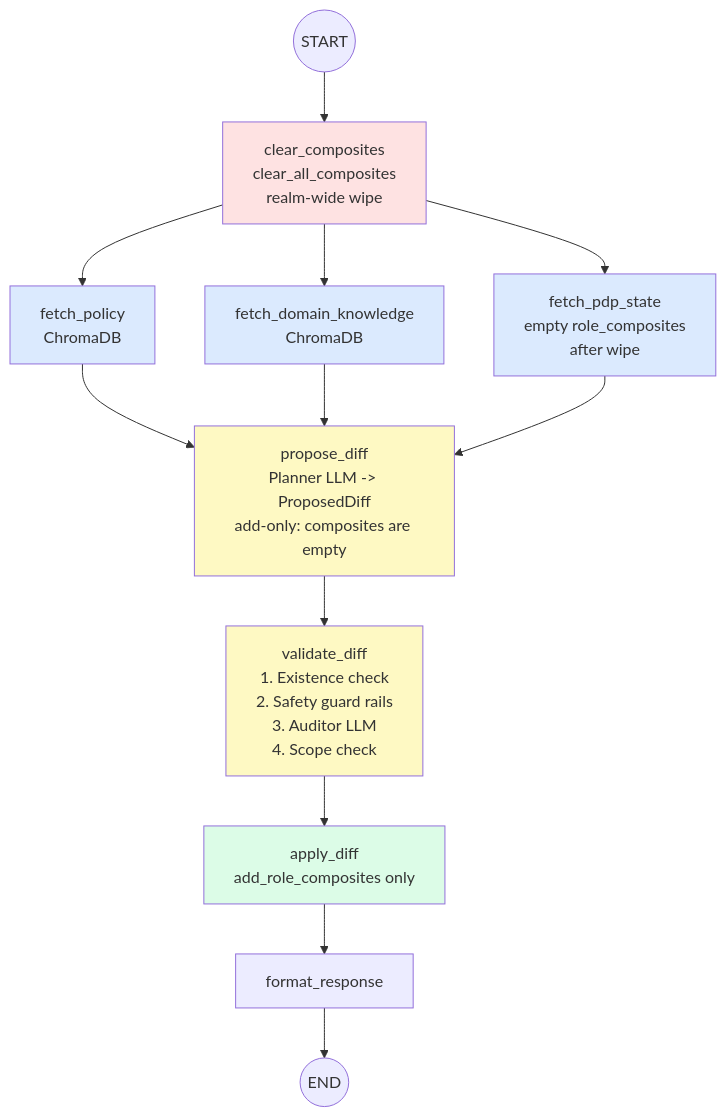
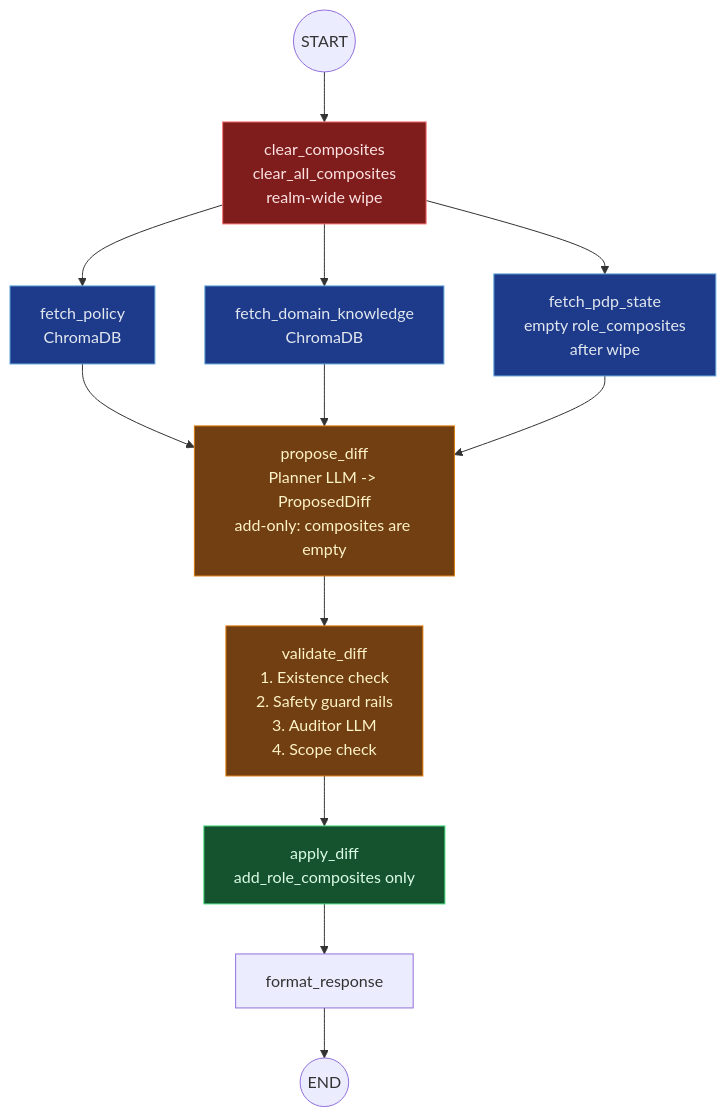
Before and after one commit to rossoctl/aiac: the third of 3 diagrams in inception/requirements/components/aiac-agent/uc2-policy-update.md, drawn with Mermaid. The commit also changed other lines of this file and 4 other files, not shown here.

First line of the commit message:
docs: fix Mermaid node colors for dark theme readability

````diff
--- a/inception/requirements/components/aiac-agent/uc2-policy-update.md
+++ b/inception/requirements/components/aiac-agent/uc2-policy-update.md
@@ -130,24 +130,24 @@
 ```mermaid
 flowchart TD
     START(("START")) --> CLEAR["clear_composites\nclear_all_composites\nrealm-wide wipe"]
 
     CLEAR --> FP["fetch_policy\nChromaDB"]
     CLEAR --> FDK["fetch_domain_knowledge\nChromaDB"]
     CLEAR --> FKC["fetch_pdp_state\nempty role_composites\nafter wipe"]
 
     FP & FDK & FKC --> PROPOSE["propose_diff\nPlanner LLM -> ProposedDiff\nadd-only: composites are empty"]
 
     PROPOSE --> VALIDATE["validate_diff\n1. Existence check\n2. Safety guard rails\n3. Auditor LLM\n4. Scope check"]
 
     VALIDATE --> APPLY["apply_diff\nadd_role_composites only"]
     APPLY --> FORMAT["format_response"]
     FORMAT --> END(("END"))
 
-    style CLEAR fill:#fee2e2
-    style FP fill:#dbeafe
-    style FDK fill:#dbeafe
-    style FKC fill:#dbeafe
-    style PROPOSE fill:#fef9c3
-    style VALIDATE fill:#fef9c3
-    style APPLY fill:#dcfce7
+    style CLEAR fill:#7f1d1d,color:#fee2e2,stroke:#f87171
+    style FP fill:#1e3a8a,color:#e2e8f0,stroke:#5a9fd4
+    style FDK fill:#1e3a8a,color:#e2e8f0,stroke:#5a9fd4
+    style FKC fill:#1e3a8a,color:#e2e8f0,stroke:#5a9fd4
+    style PROPOSE fill:#713f12,color:#fef3c7,stroke:#d97706
+    style VALIDATE fill:#713f12,color:#fef3c7,stroke:#d97706
+    style APPLY fill:#14532d,color:#dcfce7,stroke:#4ade80
 ```
````
